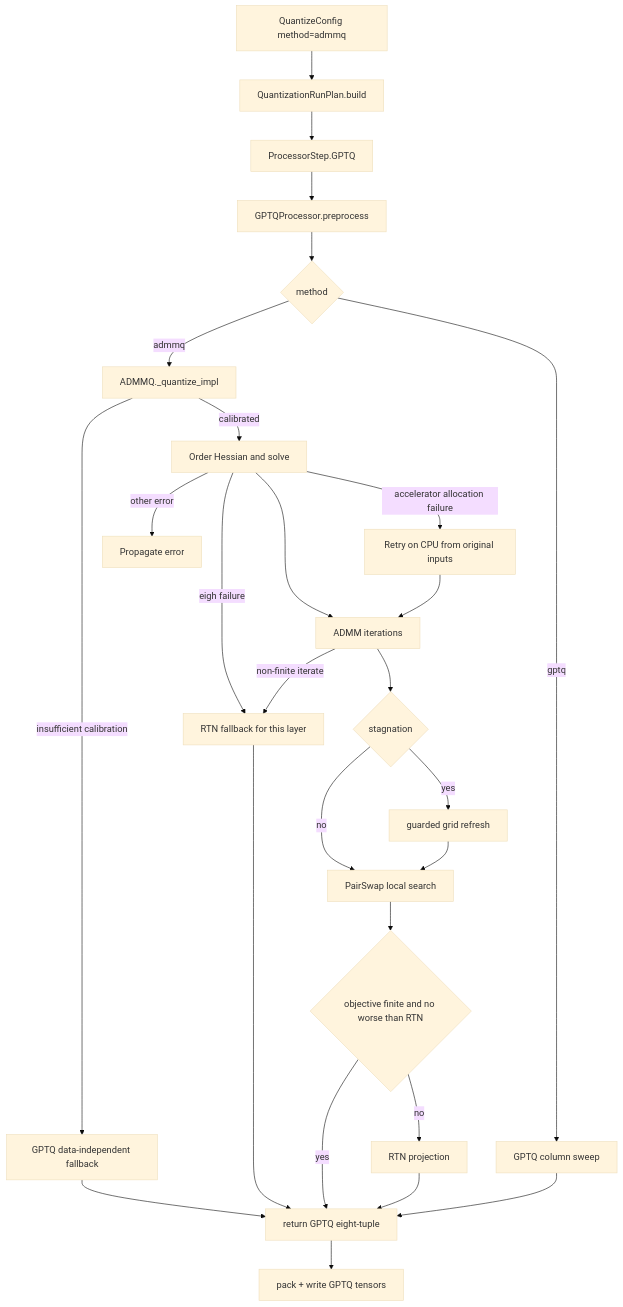
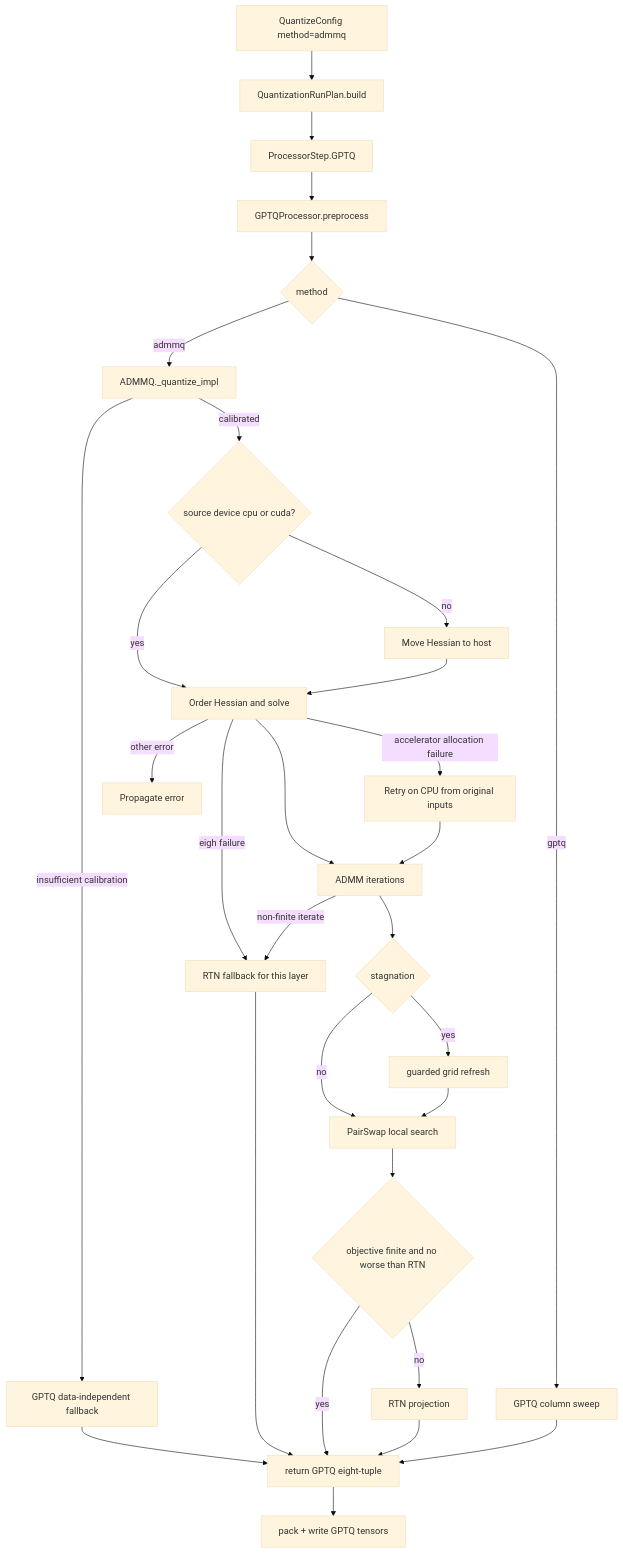
Before and after one commit to ModelCloud/GPTQModel: the second of 3 diagrams in docs/admmq.md, drawn with Mermaid (base theme). The commit also changed other lines of this file and 2 other files, not shown here.

First line of the commit message:
fix(admmq): host the solve when float64 eigh is unavailable (#6097)

````diff
--- a/docs/admmq.md
+++ b/docs/admmq.md
@@ -109,29 +113,32 @@
 ```mermaid
 flowchart TD
     A["QuantizeConfig method=admmq"] --> B["QuantizationRunPlan.build"]
     B --> C["ProcessorStep.GPTQ"]
     C --> D["GPTQProcessor.preprocess"]
     D --> E{"method"}
     E -->|admmq| P["ADMMQ._quantize_impl"]
     E -->|gptq| G["GPTQ column sweep"]
-    P -->|calibrated| F["Order Hessian and solve"]
+    P -->|calibrated| V{"source device cpu or cuda?"}
     P -->|insufficient calibration| T["GPTQ data-independent fallback"]
     T --> M
+    V -->|yes| F["Order Hessian and solve"]
+    V -->|no| S["Move Hessian to host"]
+    S --> F
     F -->|accelerator allocation failure| R["Retry on CPU from original inputs"]
     F -->|eigh failure| Y["RTN fallback for this layer"]
     F -->|other error| X["Propagate error"]
     Y --> M
     F --> H["ADMM iterations"]
     H -->|non-finite iterate| Y
     R --> H
     H --> I{"stagnation"}
     I -->|yes| J["guarded grid refresh"]
     I -->|no| K["PairSwap local search"]
     J --> K
     K --> L{"objective finite and no worse than RTN"}
     L -->|yes| M["return GPTQ eight-tuple"]
     L -->|no| N["RTN projection"]
     N --> M
     G --> M
     M --> O["pack + write GPTQ tensors"]
 ```
````
